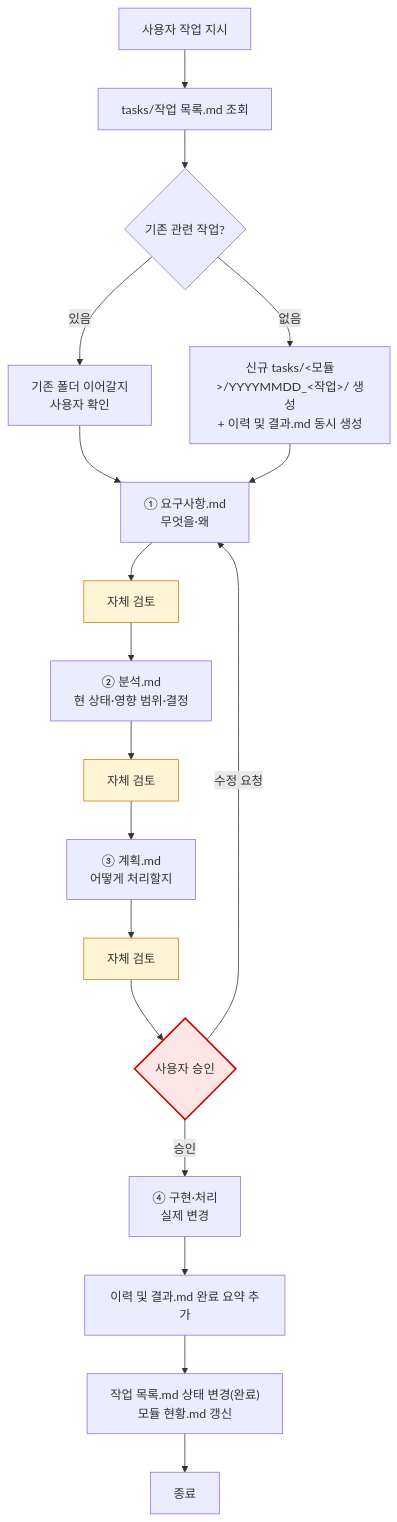
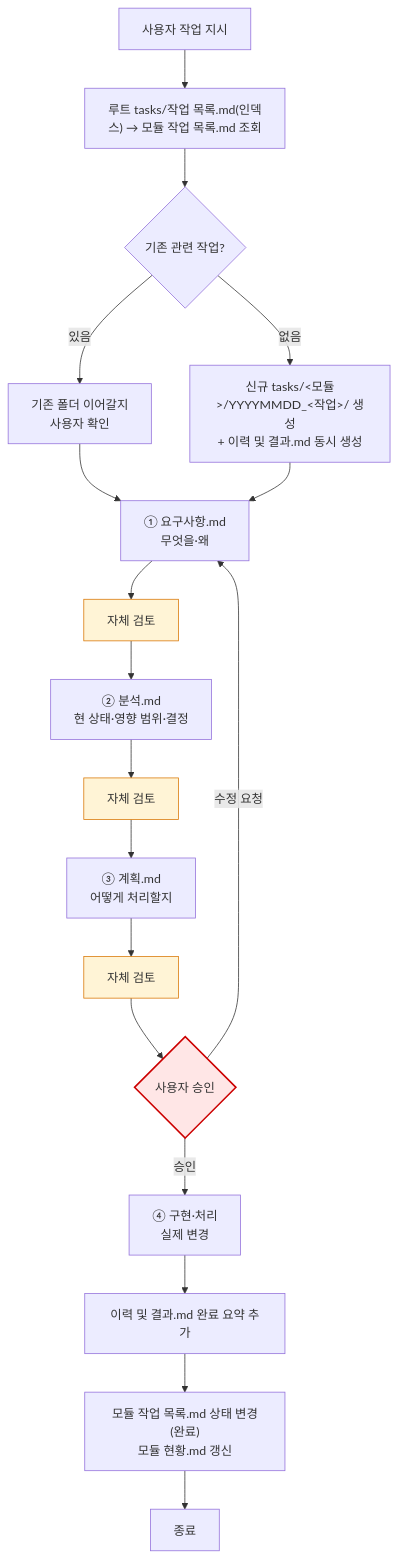
The diagram in docs/지침/일반/작업/4단계-프로세스.md (eskim-todoc/claude), drawn with Mermaid before and after one commit. The commit also changed 15 other files, not shown here.

````diff
--- a/docs/지침/일반/작업/4단계-프로세스.md
+++ b/docs/지침/일반/작업/4단계-프로세스.md
@@ -16,26 +16,26 @@
 ```mermaid
 flowchart TD
-    A["사용자 작업 지시"] --> B[tasks/작업 목록.md 조회]
+    A["사용자 작업 지시"] --> B["루트 tasks/작업 목록.md(인덱스) → 모듈 작업 목록.md 조회"]
     B --> C{기존 관련 작업?}
-    C -->|있음| D[기존 폴더 이어갈지<br/>사용자 확인]
-    C -->|없음| E[신규 tasks/&lt;모듈&gt;/YYYYMMDD_&lt;작업&gt;/ 생성<br/>+ 이력 및 결과.md 동시 생성]
+    C -->|있음| D["기존 폴더 이어갈지<br/>사용자 확인"]
+    C -->|없음| E["신규 tasks/&lt;모듈&gt;/YYYYMMDD_&lt;작업&gt;/ 생성<br/>+ 이력 및 결과.md 동시 생성"]
     D --> F
     E --> F
     F["① 요구사항.md<br/>무엇을·왜"]
     F --> F1["자체 검토"]
     F1 --> G["② 분석.md<br/>현 상태·영향 범위·결정"]
     G --> G1["자체 검토"]
     G1 --> H["③ 계획.md<br/>어떻게 처리할지"]
     H --> H1["자체 검토"]
     H1 --> I{사용자 승인}
     I -->|수정 요청| F
     I -->|승인| J["④ 구현·처리<br/>실제 변경"]
     J --> K["이력 및 결과.md 완료 요약 추가"]
-    K --> L["작업 목록.md 상태 변경(완료)<br/>모듈 현황.md 갱신"]
+    K --> L["모듈 작업 목록.md 상태 변경(완료)<br/>모듈 현황.md 갱신"]
     L --> M[종료]
 
     classDef review fill:#fff4d6,stroke:#d97706
     classDef approval fill:#ffe6e6,stroke:#c00,stroke-width:2px
     class F1,G1,H1 review
     class I approval
 ```
````
